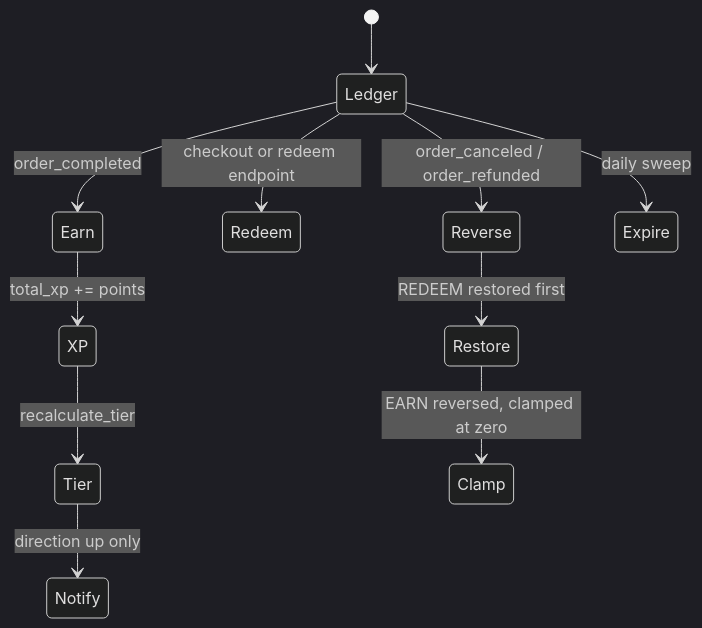
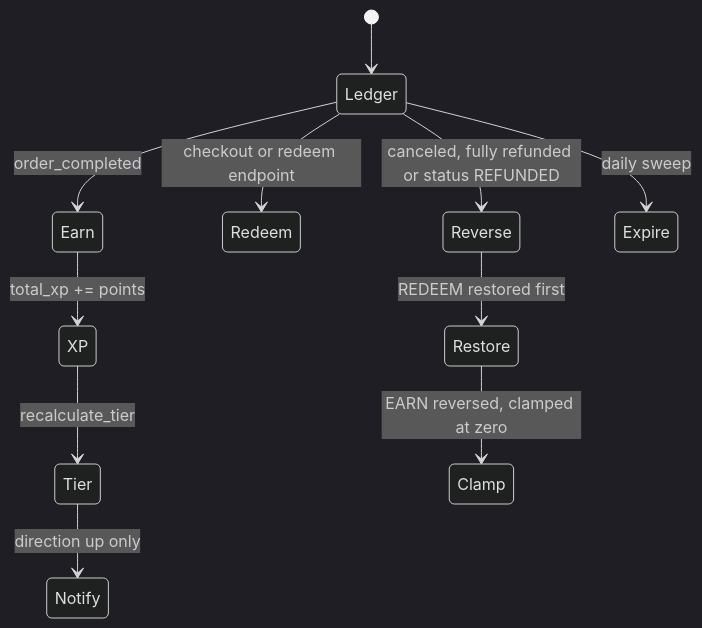
One commit to vasilistotskas/grooveshop-docs changed the diagram in src/dev/flows/loyalty.md. Above: the diagram before and after it, drawn with Mermaid (dark theme). The commit also changed other lines of this file and 25 other files, not shown here.

````diff
--- a/src/dev/flows/loyalty.md
+++ b/src/dev/flows/loyalty.md
@@ -20,13 +20,13 @@
 ```mermaid
 stateDiagram-v2
   [*] --> Ledger
   Ledger --> Earn: order_completed
   Earn --> XP: total_xp += points
   XP --> Tier: recalculate_tier
   Tier --> Notify: direction up only
   Ledger --> Redeem: checkout or redeem endpoint
-  Ledger --> Reverse: order_canceled / order_refunded
+  Ledger --> Reverse: canceled, fully refunded or status REFUNDED
   Reverse --> Restore: REDEEM restored first
   Restore --> Clamp: EARN reversed, clamped at zero
   Ledger --> Expire: daily sweep
 ```
````
